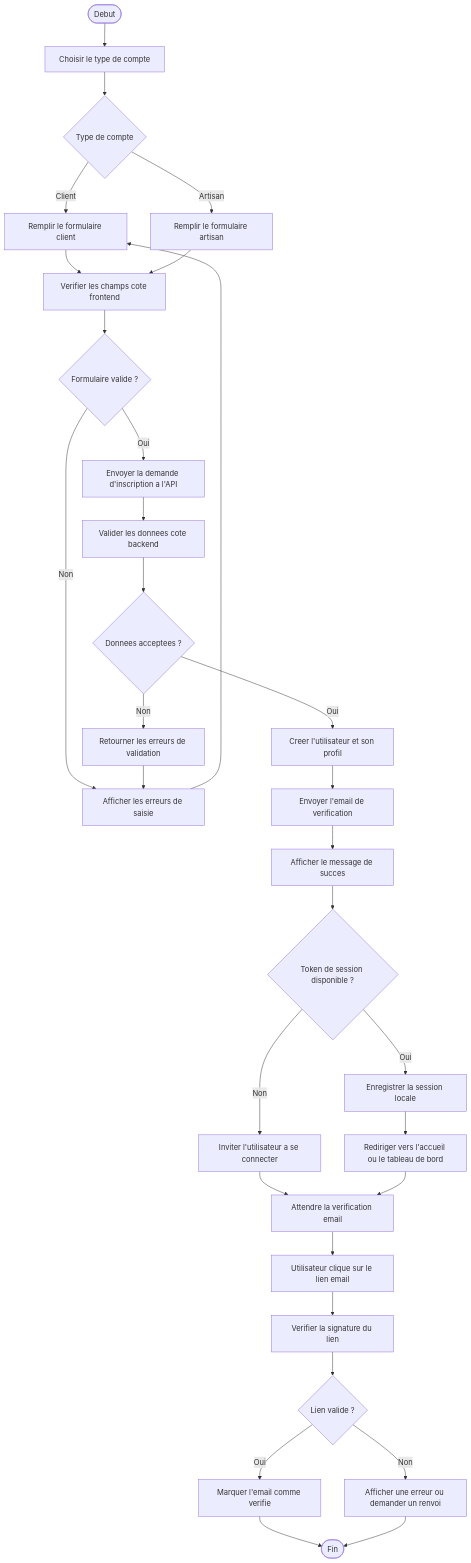
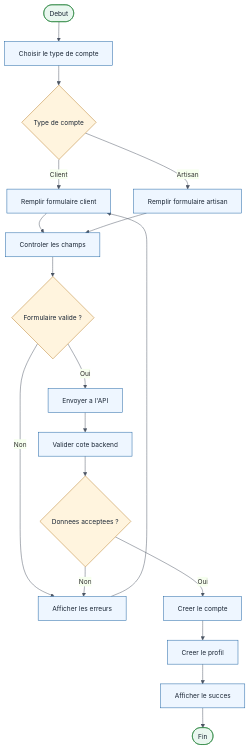
Before and after one commit to Exauce13/fya-front-end: the second of 12 diagrams in UML/diagrammes-activites.md, drawn with Mermaid. The commit also changed other lines of this file and 104 other files, not shown here.

````diff
--- a/UML/diagrammes-activites.md
+++ b/UML/diagrammes-activites.md
@@ -36,36 +59,33 @@
 ```mermaid
+%%{init: {"theme": "base", "themeVariables": {"fontFamily": "Arial", "fontSize": "14px", "primaryColor": "#EEF6FF", "primaryBorderColor": "#145DA0", "lineColor": "#4B5563", "textColor": "#182433"}, "flowchart": {"curve": "basis", "nodeSpacing": 30, "rankSpacing": 42}}}%%
 flowchart TD
     A([Debut]) --> B[Choisir le type de compte]
     B --> C{Type de compte}
-    C -- Client --> D[Remplir le formulaire client]
-    C -- Artisan --> E[Remplir le formulaire artisan]
 
-    D --> F[Verifier les champs cote frontend]
+    C -- Client --> D[Remplir formulaire client]
+    C -- Artisan --> E[Remplir formulaire artisan]
+
+    D --> F[Controler les champs]
     E --> F
     F --> G{Formulaire valide ?}
-    G -- Non --> H[Afficher les erreurs de saisie]
+
+    G -- Non --> H[Afficher les erreurs]
     H --> D
 
-    G -- Oui --> I[Envoyer la demande d'inscription a l'API]
-    I --> J[Valider les donnees cote backend]
+    G -- Oui --> I[Envoyer a l'API]
+    I --> J[Valider cote backend]
     J --> K{Donnees acceptees ?}
-    K -- Non --> L[Retourner les erreurs de validation]
-    L --> H
 
-    K -- Oui --> M[Creer l'utilisateur et son profil]
-    M --> N[Envoyer l'email de verification]
-    N --> O[Afficher le message de succes]
-    O --> P{Token de session disponible ?}
-    P -- Oui --> Q[Enregistrer la session locale]
-    P -- Non --> R[Inviter l'utilisateur a se connecter]
-    Q --> S[Rediriger vers l'accueil ou le tableau de bord]
-    R --> T[Attendre la verification email]
-    S --> T
-    T --> U[Utilisateur clique sur le lien email]
-    U --> V[Verifier la signature du lien]
-    V --> W{Lien valide ?}
-    W -- Non --> X[Afficher une erreur ou demander un renvoi]
-    W -- Oui --> Y[Marquer l'email comme verifie]
-    Y --> Z([Fin])
-    X --> Z
+    K -- Non --> H
+    K -- Oui --> L[Creer le compte]
+    L --> M[Creer le profil]
+    M --> N[Afficher le succes]
+    N --> Z([Fin])
+
+    classDef start fill:#E9F7EF,stroke:#1E7E34,color:#182433,font-size:14px
+    classDef action fill:#EEF6FF,stroke:#145DA0,color:#182433,font-size:14px
+    classDef decision fill:#FFF4DE,stroke:#B7791F,color:#182433,font-size:14px
+    class A,Z start
+    class B,D,E,F,H,I,J,L,M,N action
+    class C,G,K decision
 ```
````
